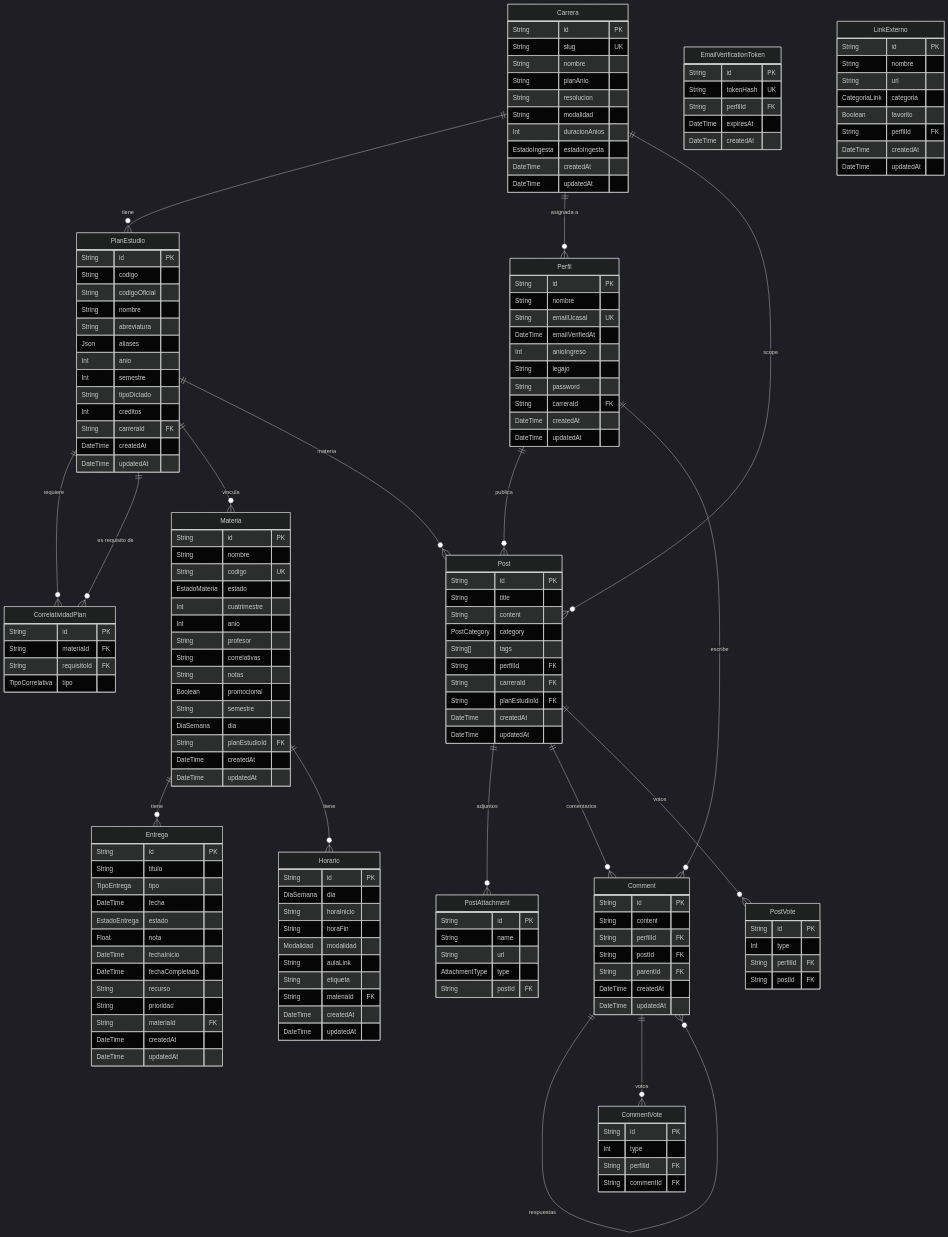
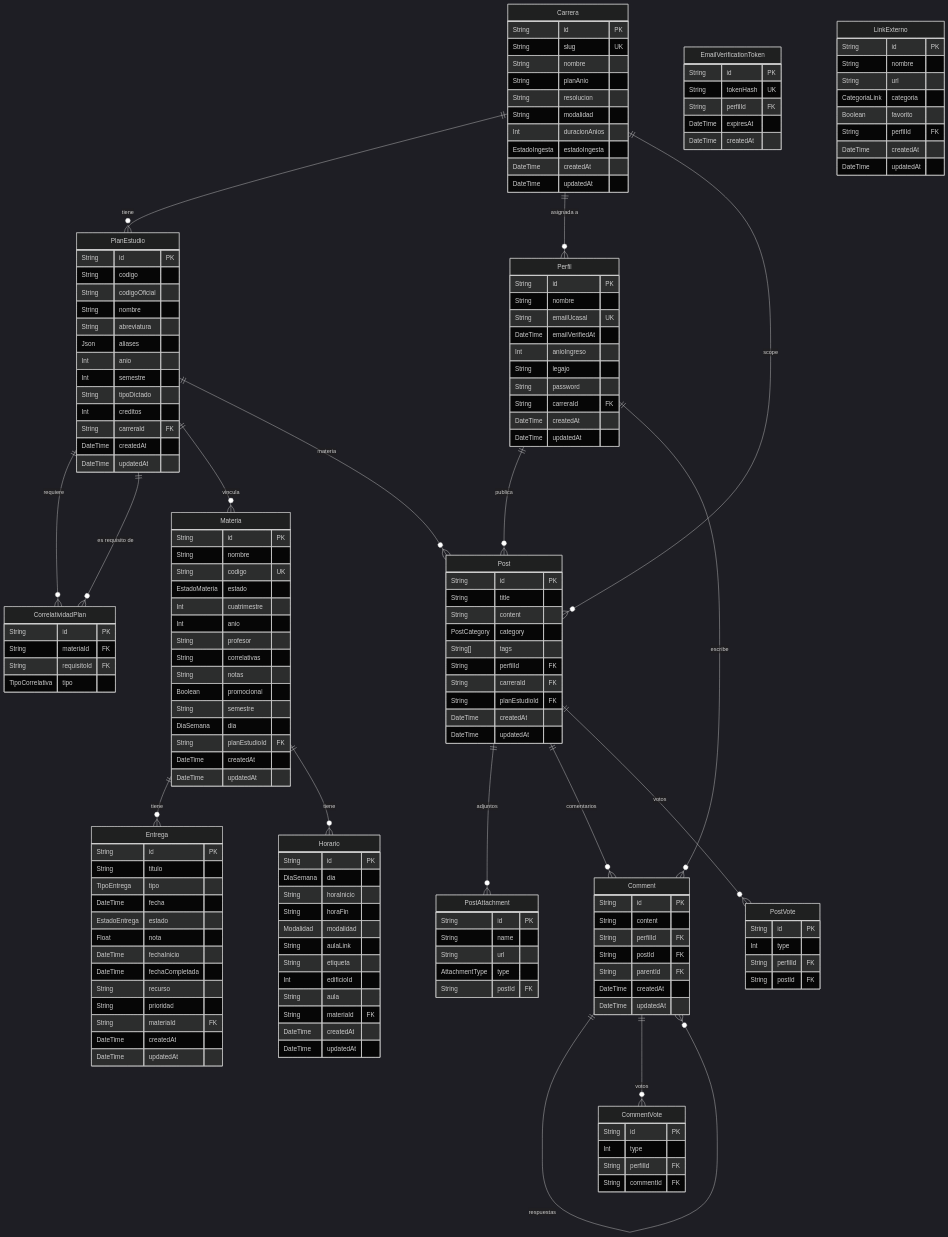
The diagram in wiki/Modelo-de-datos.md (lautioliver/UcaNode), drawn with Mermaid (dark theme) before and after one commit. The commit also changed other lines of this file and 6 other files, not shown here.

```diff
--- a/wiki/Modelo-de-datos.md
+++ b/wiki/Modelo-de-datos.md
@@ -105,6 +105,8 @@
         Modalidad modalidad
         String aulaLink
         String etiqueta
+        Int edificioId
+        String aula
         String materiaId FK
         DateTime createdAt
         DateTime updatedAt
```
